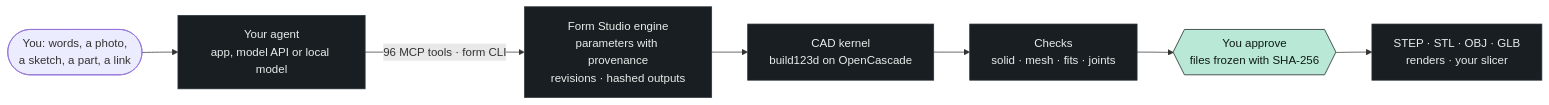
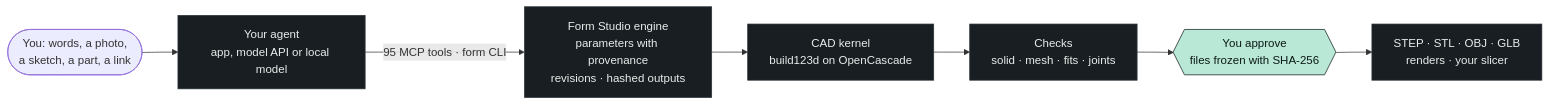
Before and after one commit to kaizensx/form-studio: the diagram in README.md, drawn with Mermaid. The commit also changed other lines of this file and 62 other files, not shown here.

````diff
--- a/README.md
+++ b/README.md
@@ -78,13 +78,13 @@
 ```mermaid
 flowchart LR
   you(["You: words, a photo,<br/>a sketch, a part, a link"]) --> agent["Your agent<br/>app, model API or local model"]
-  agent -- "96 MCP tools · form CLI" --> engine["Form Studio engine<br/>parameters with provenance<br/>revisions · hashed outputs"]
+  agent -- "95 MCP tools · form CLI" --> engine["Form Studio engine<br/>parameters with provenance<br/>revisions · hashed outputs"]
   engine --> kernel["CAD kernel<br/>build123d on OpenCascade"]
   kernel --> checks["Checks<br/>solid · mesh · fits · joints"]
   checks --> release{{"You approve<br/>files frozen with SHA-256"}}
   release --> out["STEP · STL · OBJ · GLB<br/>renders · your slicer"]
   classDef datum fill:#b9e8d7,stroke:#0d1a16,color:#0d1a16
   classDef plate fill:#191e22,stroke:#2a3238,color:#e8edeb
   class release datum
   class agent,engine,kernel,checks,out plate
 ```
````
